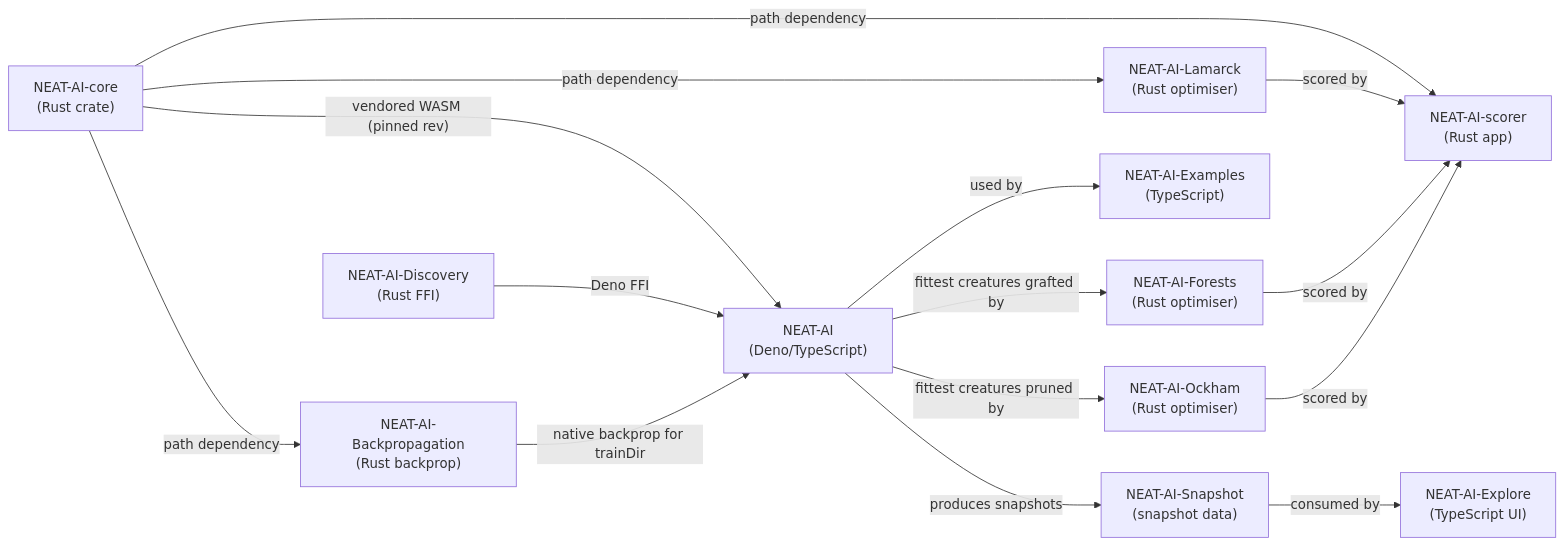
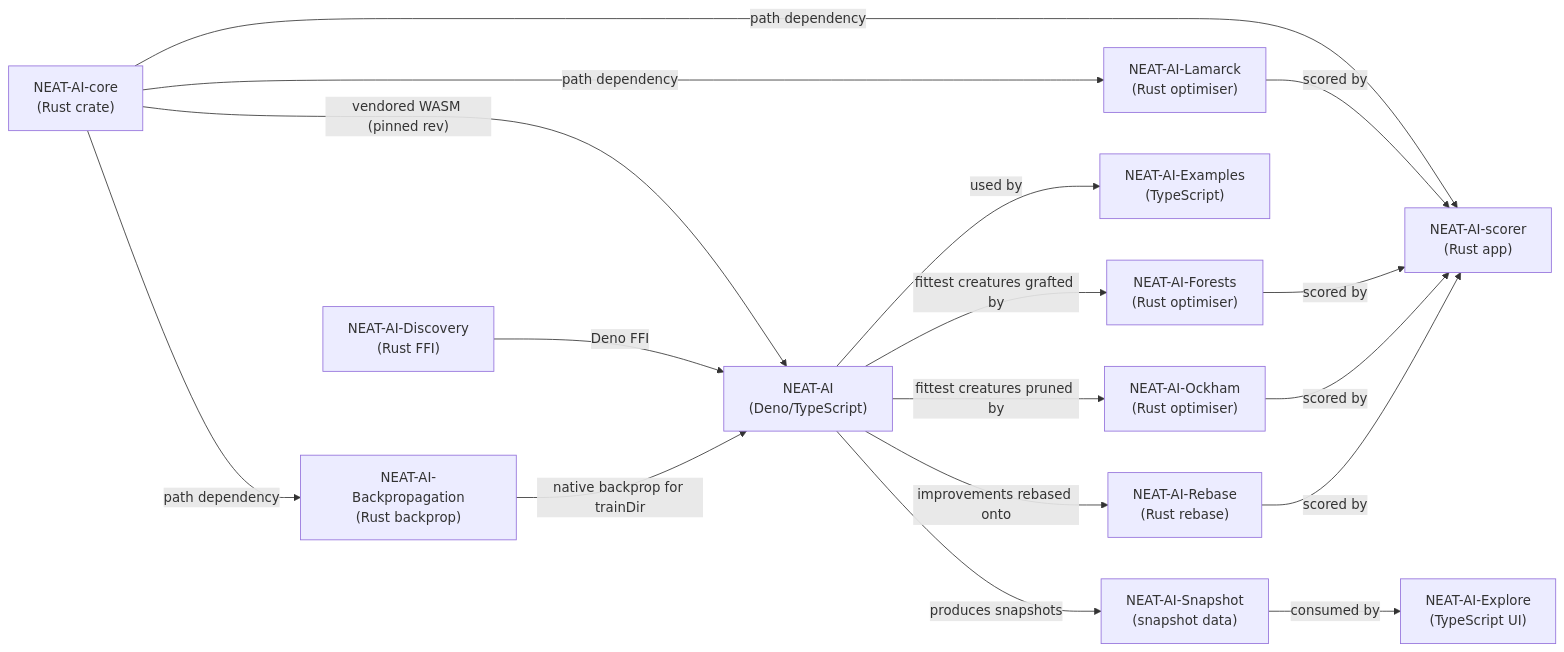
Before and after one commit to stSoftwareAU/NEAT-AI: the third of 3 diagrams in README.md, drawn with Mermaid. The commit also changed other lines of this file and 6 other files, not shown here.

````diff
--- a/README.md
+++ b/README.md
@@ -309,29 +310,32 @@
 ```mermaid
 flowchart LR
   core["NEAT-AI-core<br/>(Rust crate)"]
   discovery["NEAT-AI-Discovery<br/>(Rust FFI)"]
   neat["NEAT-AI<br/>(Deno/TypeScript)"]
   snapshot["NEAT-AI-Snapshot<br/>(snapshot data)"]
   scorer["NEAT-AI-scorer<br/>(Rust app)"]
   backprop["NEAT-AI-Backpropagation<br/>(Rust backprop)"]
   lamarck["NEAT-AI-Lamarck<br/>(Rust optimiser)"]
   explore["NEAT-AI-Explore<br/>(TypeScript UI)"]
   examples["NEAT-AI-Examples<br/>(TypeScript)"]
   forests["NEAT-AI-Forests<br/>(Rust optimiser)"]
   ockham["NEAT-AI-Ockham<br/>(Rust optimiser)"]
+  rebase["NEAT-AI-Rebase<br/>(Rust rebase)"]
 
   core -- "vendored WASM (pinned rev)" --> neat
   core -- "path dependency" --> scorer
   core -- "path dependency" --> backprop
   core -- "path dependency" --> lamarck
   discovery -- "Deno FFI" --> neat
   backprop -- "native backprop for trainDir" --> neat
   lamarck -- "scored by" --> scorer
   neat -- "fittest creatures grafted by" --> forests
   forests -- "scored by" --> scorer
   neat -- "fittest creatures pruned by" --> ockham
   ockham -- "scored by" --> scorer
+  neat -- "improvements rebased onto" --> rebase
+  rebase -- "scored by" --> scorer
   neat -- "produces snapshots" --> snapshot
   snapshot -- "consumed by" --> explore
   neat -- "used by" --> examples
 ```
````
